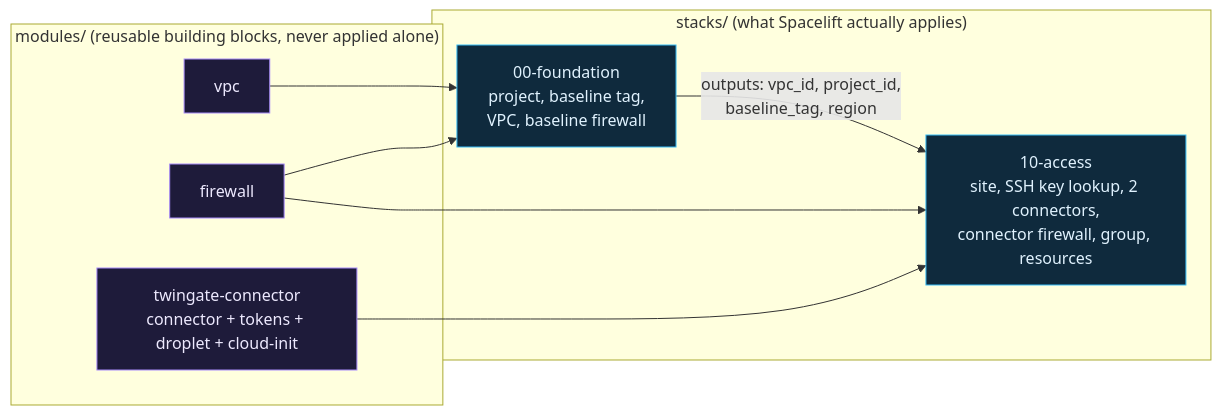
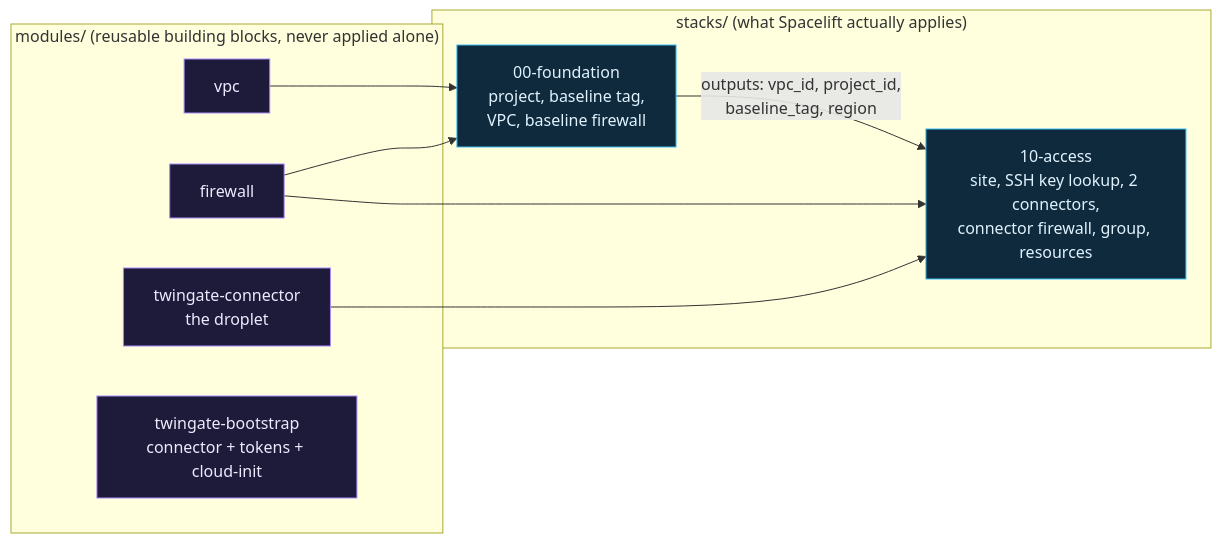
One commit to ChiefGyk3D/Clouds-Against-Humanity changed the diagram in docs/wiki/OpenTofu-Stacks-and-Modules.md. Above: the diagram before and after it, drawn with Mermaid. The commit also changed other lines of this file and 18 other files, not shown here.

First line of the commit message:
refactor(modules): extract the shared Twingate bootstrap from the DigitalOcean connector

````diff
--- a/docs/wiki/OpenTofu-Stacks-and-Modules.md
+++ b/docs/wiki/OpenTofu-Stacks-and-Modules.md
@@ -17,20 +17,21 @@
 ```mermaid
 flowchart LR
     subgraph modules["modules/ (reusable building blocks, never applied alone)"]
         mvpc["vpc"]:::ctrl
         mfw["firewall"]:::ctrl
-        mtc["twingate-connector<br/>connector + tokens + droplet + cloud-init"]:::ctrl
+        mtc["twingate-connector<br/>the droplet"]:::ctrl
+        mtb["twingate-bootstrap<br/>connector + tokens + cloud-init"]:::ctrl
     end
     subgraph stacks["stacks/ (what Spacelift actually applies)"]
         s00["00-foundation<br/>project, baseline tag,<br/>VPC, baseline firewall"]:::cloud
         s10["10-access<br/>site, SSH key lookup, 2 connectors,<br/>connector firewall, group, resources"]:::cloud
     end
     mvpc --> s00
     mfw --> s00
     mfw --> s10
     mtc --> s10
     s00 -- "outputs: vpc_id, project_id,<br/>baseline_tag, region" --> s10
 
     classDef ctrl fill:#1e1b3a,stroke:#a78bfa,color:#ede9fe
     classDef cloud fill:#0f2a3d,stroke:#38bdf8,color:#e0f2fe
 ```
````
